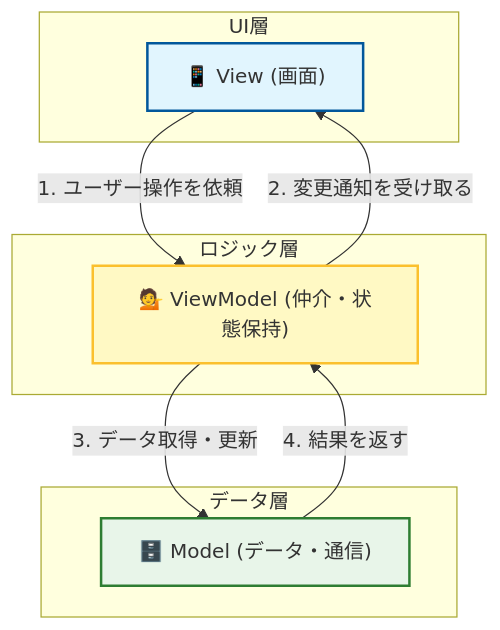
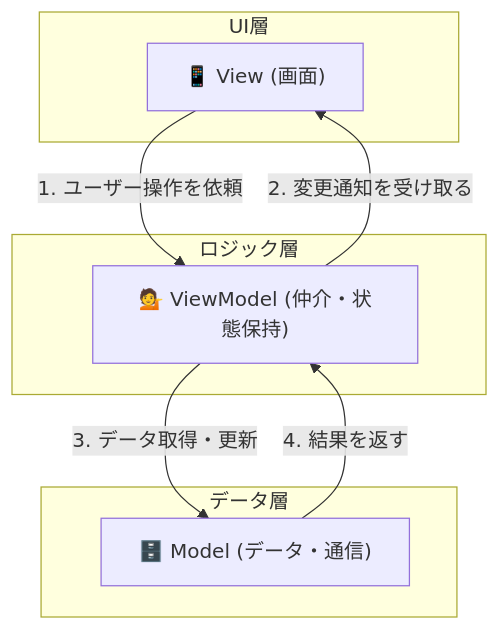
The first of 3 diagrams in doc/mvvm.md (HarukiKamiyo/fy25_flutter_hands_on), drawn with Mermaid before and after one commit. The commit also changed other lines of this file, not shown here.

Commit message:
mermaid の style 削除

````diff
--- a/doc/mvvm.md
+++ b/doc/mvvm.md
@@ -26,25 +26,21 @@
 ```mermaid
 graph TD
     subgraph UI層
         V["📱 View (画面)"]
     end
 
     subgraph ロジック層
         VM["💁 ViewModel (仲介・状態保持)"]
     end
 
     subgraph データ層
         M["🗄️ Model (データ・通信)"]
     end
 
     V -->|"1. ユーザー操作を依頼"| VM
     VM -->|"2. 変更通知を受け取る"| V
 
     VM -->|"3. データ取得・更新"| M
     M -->|"4. 結果を返す"| VM
 
-    %% スタイル調整
-    style V fill:#e1f5fe,stroke:#01579b,stroke-width:2px
-    style VM fill:#fff9c4,stroke:#fbc02d,stroke-width:2px
-    style M fill:#e8f5e9,stroke:#2e7d32,stroke-width:2px
 ```
````
